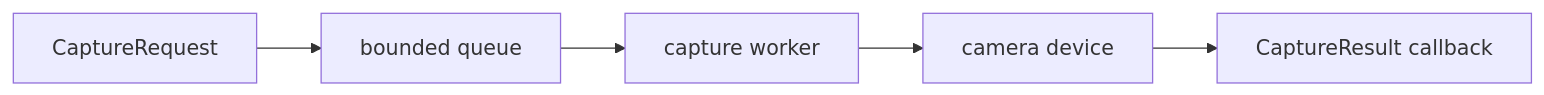
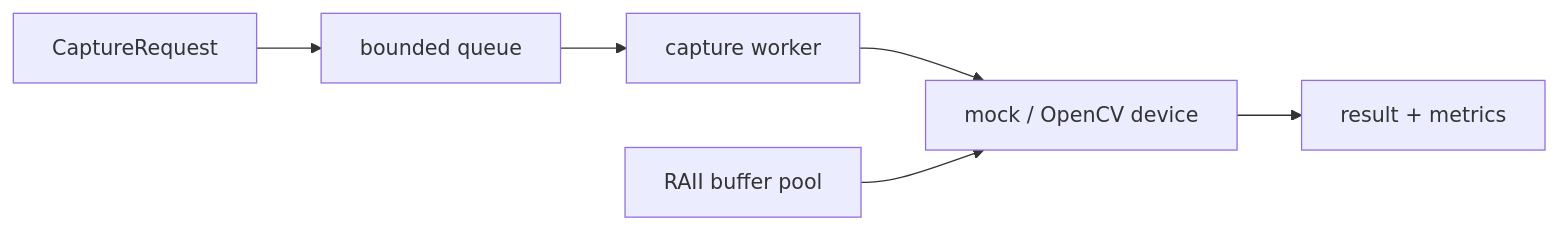
The diagram in README.md (plsletmeusethisid/Mini-Camera-HAL), drawn with Mermaid before and after one commit. The commit also changed other lines of this file and 29 other files, not shown here.

````diff
--- a/README.md
+++ b/README.md
@@ -23,7 +28,8 @@
 ```mermaid
 flowchart LR
   Request["CaptureRequest"] --> Queue["bounded queue"]
   Queue --> Worker["capture worker"]
-  Worker --> Device["camera device"]
-  Device --> Result["CaptureResult callback"]
+  Worker --> Device["mock / OpenCV device"]
+  Pool["RAII buffer pool"] --> Device
+  Device --> Result["result + metrics"]
 ```
````
